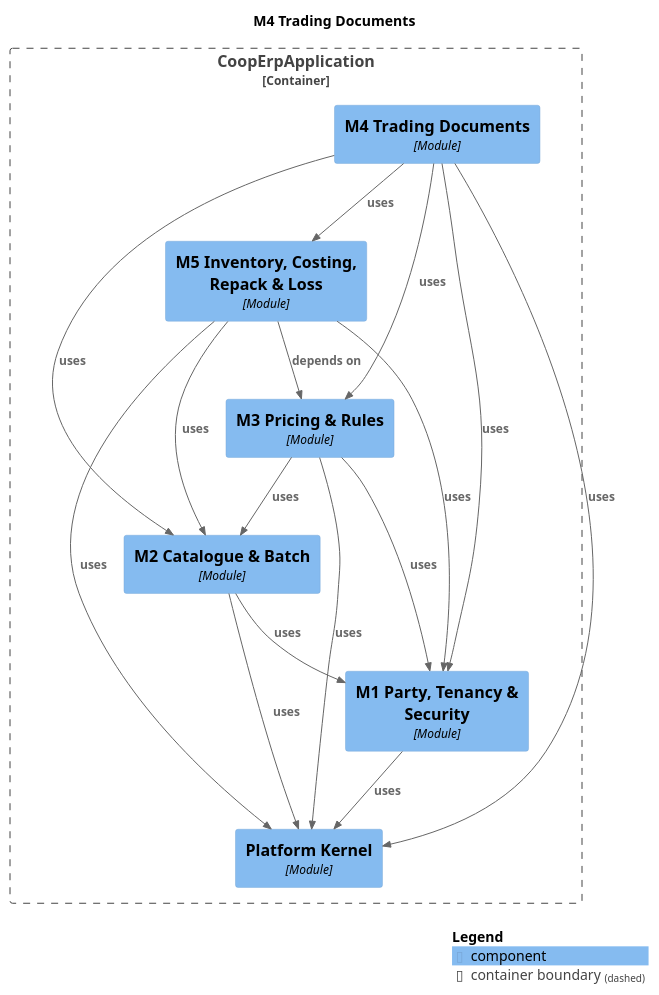
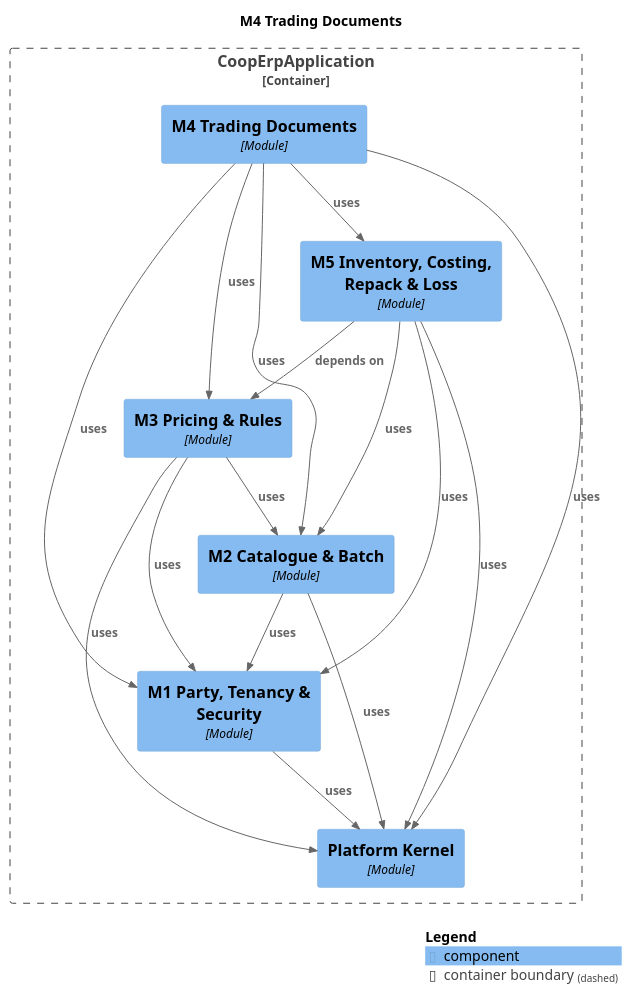
One commit to Knoweb/COOP_ERP changed the diagram in docs/modules/module-m4trading.puml. Above: the diagram before and after it, drawn with PlantUML. The commit also changed other lines of this file and 49 other files, not shown here.

```diff
--- a/docs/modules/module-m4trading.puml
+++ b/docs/modules/module-m4trading.puml
@@ -1,37 +1,37 @@
 @startuml
 set separator none
 title M4 Trading Documents
 
 top to bottom direction
 
 !include <C4/C4>
 !include <C4/C4_Context>
 !include <C4/C4_Component>
 
 Container_Boundary("CoopErpApplication.CoopErpApplication_boundary", "CoopErpApplication", $tags="") {
-  Component(CoopErpApplication.CoopErpApplication.M2CatalogueBatch, "M2 Catalogue & Batch", $techn="Module", $descr="", $tags="", $link="")
   Component(CoopErpApplication.CoopErpApplication.M3PricingRules, "M3 Pricing & Rules", $techn="Module", $descr="", $tags="", $link="")
   Component(CoopErpApplication.CoopErpApplication.M5InventoryCostingRepackLoss, "M5 Inventory, Costing, Repack & Loss", $techn="Module", $descr="", $tags="", $link="")
   Component(CoopErpApplication.CoopErpApplication.M4TradingDocuments, "M4 Trading Documents", $techn="Module", $descr="", $tags="", $link="")
   Component(CoopErpApplication.CoopErpApplication.PlatformKernel, "Platform Kernel", $techn="Module", $descr="", $tags="", $link="")
   Component(CoopErpApplication.CoopErpApplication.M1PartyTenancySecurity, "M1 Party, Tenancy & Security", $techn="Module", $descr="", $tags="", $link="")
+  Component(CoopErpApplication.CoopErpApplication.M2CatalogueBatch, "M2 Catalogue & Batch", $techn="Module", $descr="", $tags="", $link="")
 }
 
 Rel(CoopErpApplication.CoopErpApplication.M1PartyTenancySecurity, CoopErpApplication.CoopErpApplication.PlatformKernel, "uses", $techn="", $tags="", $link="")
 Rel(CoopErpApplication.CoopErpApplication.M2CatalogueBatch, CoopErpApplication.CoopErpApplication.M1PartyTenancySecurity, "uses", $techn="", $tags="", $link="")
 Rel(CoopErpApplication.CoopErpApplication.M2CatalogueBatch, CoopErpApplication.CoopErpApplication.PlatformKernel, "uses", $techn="", $tags="", $link="")
 Rel(CoopErpApplication.CoopErpApplication.M3PricingRules, CoopErpApplication.CoopErpApplication.M1PartyTenancySecurity, "uses", $techn="", $tags="", $link="")
 Rel(CoopErpApplication.CoopErpApplication.M3PricingRules, CoopErpApplication.CoopErpApplication.M2CatalogueBatch, "uses", $techn="", $tags="", $link="")
 Rel(CoopErpApplication.CoopErpApplication.M3PricingRules, CoopErpApplication.CoopErpApplication.PlatformKernel, "uses", $techn="", $tags="", $link="")
 Rel(CoopErpApplication.CoopErpApplication.M4TradingDocuments, CoopErpApplication.CoopErpApplication.M1PartyTenancySecurity, "uses", $techn="", $tags="", $link="")
 Rel(CoopErpApplication.CoopErpApplication.M4TradingDocuments, CoopErpApplication.CoopErpApplication.M2CatalogueBatch, "uses", $techn="", $tags="", $link="")
 Rel(CoopErpApplication.CoopErpApplication.M4TradingDocuments, CoopErpApplication.CoopErpApplication.M3PricingRules, "uses", $techn="", $tags="", $link="")
 Rel(CoopErpApplication.CoopErpApplication.M4TradingDocuments, CoopErpApplication.CoopErpApplication.M5InventoryCostingRepackLoss, "uses", $techn="", $tags="", $link="")
 Rel(CoopErpApplication.CoopErpApplication.M4TradingDocuments, CoopErpApplication.CoopErpApplication.PlatformKernel, "uses", $techn="", $tags="", $link="")
 Rel(CoopErpApplication.CoopErpApplication.M5InventoryCostingRepackLoss, CoopErpApplication.CoopErpApplication.M1PartyTenancySecurity, "uses", $techn="", $tags="", $link="")
 Rel(CoopErpApplication.CoopErpApplication.M5InventoryCostingRepackLoss, CoopErpApplication.CoopErpApplication.M2CatalogueBatch, "uses", $techn="", $tags="", $link="")
 Rel(CoopErpApplication.CoopErpApplication.M5InventoryCostingRepackLoss, CoopErpApplication.CoopErpApplication.M3PricingRules, "depends on", $techn="", $tags="", $link="")
 Rel(CoopErpApplication.CoopErpApplication.M5InventoryCostingRepackLoss, CoopErpApplication.CoopErpApplication.PlatformKernel, "uses", $techn="", $tags="", $link="")
 
 SHOW_LEGEND(true)
 @enduml
```
